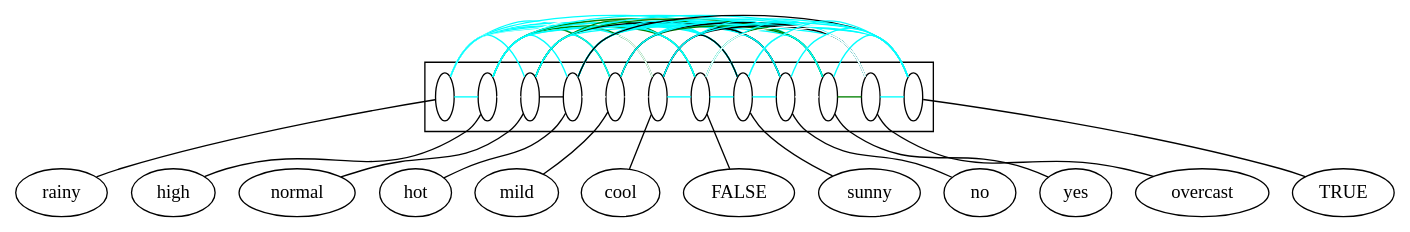
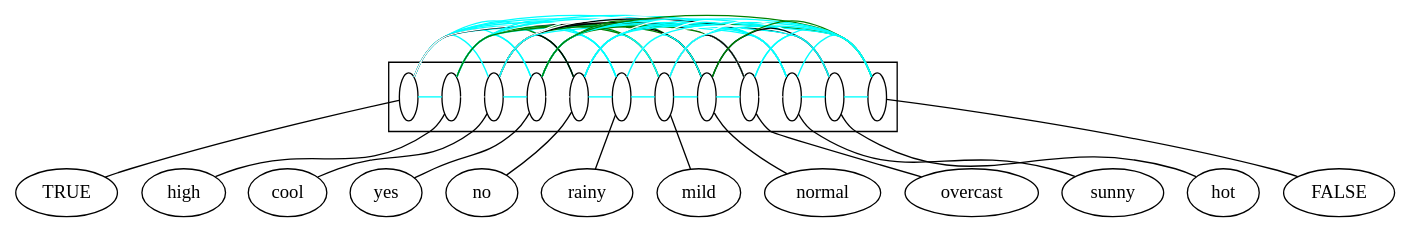
Before and after one commit to lrodrin/TFG: the diagram in src/final/exponential2-structure.dot, drawn with Graphviz. The commit also changed 10 other files, not shown here.

Commit message:
nova funció que engloba les dues funcions graphOptions i 2structureOptions. Amb dues crides a Graphviz, una pel graf i l'altre per a la 2-structura + proves

```diff
--- a/src/final/exponential2-structure.dot
+++ b/src/final/exponential2-structure.dot
@@ -1,112 +1,112 @@
 digraph G {
 compound=True;
+TRUE;
+high;
+cool;
+yes;
+no;
 rainy;
-high;
+mild;
 normal;
+overcast;
+sunny;
 hot;
-mild;
-cool;
 FALSE;
-sunny;
-no;
-yes;
-overcast;
-TRUE;
-subgraph cluster_noovercasthighcoolsunnyhotmildyesrainyTRUEFALSEnormal {
-s_rainy [fillcolor=white, label=" ", fixedsize=True, width=0.2];
-s_high [fillcolor=white, label=" ", fixedsize=True, width=0.2];
-s_normal [fillcolor=white, label=" ", fixedsize=True, width=0.2];
-s_hot [fillcolor=white, label=" ", fixedsize=True, width=0.2];
-s_mild [fillcolor=white, label=" ", fixedsize=True, width=0.2];
-s_cool [fillcolor=white, label=" ", fixedsize=True, width=0.2];
-s_FALSE [fillcolor=white, label=" ", fixedsize=True, width=0.2];
-s_sunny [fillcolor=white, label=" ", fixedsize=True, width=0.2];
-s_no [fillcolor=white, label=" ", fixedsize=True, width=0.2];
-s_yes [fillcolor=white, label=" ", fixedsize=True, width=0.2];
-s_overcast [fillcolor=white, label=" ", fixedsize=True, width=0.2];
-s_TRUE [fillcolor=white, label=" ", fixedsize=True, width=0.2];
+subgraph cluster_coolFALSETRUEhotyessunnymildnormalnoovercasthighrainy {
+s_TRUE [label=" ", width=0.2, fillcolor=white, fixedsize=True];
+s_high [label=" ", width=0.2, fillcolor=white, fixedsize=True];
+s_cool [label=" ", width=0.2, fillcolor=white, fixedsize=True];
+s_yes [label=" ", width=0.2, fillcolor=white, fixedsize=True];
+s_no [label=" ", width=0.2, fillcolor=white, fixedsize=True];
+s_rainy [label=" ", width=0.2, fillcolor=white, fixedsize=True];
+s_mild [label=" ", width=0.2, fillcolor=white, fixedsize=True];
+s_normal [label=" ", width=0.2, fillcolor=white, fixedsize=True];
+s_overcast [label=" ", width=0.2, fillcolor=white, fixedsize=True];
+s_sunny [label=" ", width=0.2, fillcolor=white, fixedsize=True];
+s_hot [label=" ", width=0.2, fillcolor=white, fixedsize=True];
+s_FALSE [label=" ", width=0.2, fillcolor=white, fixedsize=True];
 subgraph  {
 rank=same;
-s_rainy -> s_high  [arrowhead=none, color=cyan];
-s_rainy -> s_normal  [arrowhead=none, color=cyan];
-s_rainy -> s_hot  [arrowhead=none, color=white];
-s_rainy -> s_mild  [arrowhead=none, color=cyan];
-s_rainy -> s_cool  [arrowhead=none, color=cyan];
-s_rainy -> s_FALSE  [arrowhead=none, color=cyan];
-s_rainy -> s_sunny  [arrowhead=none, color=white];
-s_rainy -> s_no  [arrowhead=none, color=cyan];
-s_rainy -> s_yes  [arrowhead=none, color=cyan];
-s_rainy -> s_overcast  [arrowhead=none, color=white];
-s_rainy -> s_TRUE  [arrowhead=none, color=cyan];
-s_high -> s_normal  [arrowhead=none, color=white];
-s_high -> s_hot  [arrowhead=none, color=cyan];
-s_high -> s_mild  [arrowhead=none, color=green];
-s_high -> s_cool  [arrowhead=none, color=white];
-s_high -> s_FALSE  [arrowhead=none, color=green];
-s_high -> s_sunny  [arrowhead=none, color=cyan];
-s_high -> s_no  [arrowhead=none, color=green];
-s_high -> s_yes  [arrowhead=none, color=cyan];
-s_high -> s_overcast  [arrowhead=none, color=cyan];
-s_high -> s_TRUE  [arrowhead=none, color=cyan];
-s_normal -> s_hot  [arrowhead=none, color=black];
-s_normal -> s_mild  [arrowhead=none, color=cyan];
-s_normal -> s_cool  [arrowhead=none, color=green];
-s_normal -> s_FALSE  [arrowhead=none, color=green];
-s_normal -> s_sunny  [arrowhead=none, color=cyan];
-s_normal -> s_no  [arrowhead=none, color=black];
-s_normal -> s_yes  [arrowhead=none, color=green];
-s_normal -> s_overcast  [arrowhead=none, color=cyan];
-s_normal -> s_TRUE  [arrowhead=none, color=cyan];
-s_hot -> s_mild  [arrowhead=none, color=white];
-s_hot -> s_cool  [arrowhead=none, color=white];
-s_hot -> s_FALSE  [arrowhead=none, color=cyan];
-s_hot -> s_sunny  [arrowhead=none, color=cyan];
-s_hot -> s_no  [arrowhead=none, color=cyan];
-s_hot -> s_yes  [arrowhead=none, color=cyan];
-s_hot -> s_overcast  [arrowhead=none, color=cyan];
-s_hot -> s_TRUE  [arrowhead=none, color=black];
-s_mild -> s_cool  [arrowhead=none, color=white];
-s_mild -> s_FALSE  [arrowhead=none, color=cyan];
-s_mild -> s_sunny  [arrowhead=none, color=cyan];
-s_mild -> s_no  [arrowhead=none, color=cyan];
-s_mild -> s_yes  [arrowhead=none, color=green];
-s_mild -> s_overcast  [arrowhead=none, color=black];
-s_mild -> s_TRUE  [arrowhead=none, color=cyan];
-s_cool -> s_FALSE  [arrowhead=none, color=cyan];
-s_cool -> s_sunny  [arrowhead=none, color=black];
-s_cool -> s_no  [arrowhead=none, color=black];
-s_cool -> s_yes  [arrowhead=none, color=cyan];
-s_cool -> s_overcast  [arrowhead=none, color=black];
-s_cool -> s_TRUE  [arrowhead=none, color=cyan];
-s_FALSE -> s_sunny  [arrowhead=none, color=cyan];
-s_FALSE -> s_no  [arrowhead=none, color=cyan];
-s_FALSE -> s_yes  [arrowhead=none, color=green];
-s_FALSE -> s_overcast  [arrowhead=none, color=cyan];
-s_FALSE -> s_TRUE  [arrowhead=none, color=white];
-s_sunny -> s_no  [arrowhead=none, color=cyan];
-s_sunny -> s_yes  [arrowhead=none, color=cyan];
-s_sunny -> s_overcast  [arrowhead=none, color=white];
-s_sunny -> s_TRUE  [arrowhead=none, color=cyan];
-s_no -> s_yes  [arrowhead=none, color=white];
-s_no -> s_overcast  [arrowhead=none, color=white];
-s_no -> s_TRUE  [arrowhead=none, color=cyan];
-s_yes -> s_overcast  [arrowhead=none, color=green];
-s_yes -> s_TRUE  [arrowhead=none, color=cyan];
-s_overcast -> s_TRUE  [arrowhead=none, color=cyan];
+s_TRUE -> s_high  [color=cyan, arrowhead=none];
+s_TRUE -> s_cool  [color=cyan, arrowhead=none];
+s_TRUE -> s_yes  [color=cyan, arrowhead=none];
+s_TRUE -> s_no  [color=cyan, arrowhead=none];
+s_TRUE -> s_rainy  [color=cyan, arrowhead=none];
+s_TRUE -> s_mild  [color=cyan, arrowhead=none];
+s_TRUE -> s_normal  [color=cyan, arrowhead=none];
+s_TRUE -> s_overcast  [color=cyan, arrowhead=none];
+s_TRUE -> s_sunny  [color=cyan, arrowhead=none];
+s_TRUE -> s_hot  [color=black, arrowhead=none];
+s_TRUE -> s_FALSE  [color=white, arrowhead=none];
+s_high -> s_cool  [color=white, arrowhead=none];
+s_high -> s_yes  [color=cyan, arrowhead=none];
+s_high -> s_no  [color=green, arrowhead=none];
+s_high -> s_rainy  [color=cyan, arrowhead=none];
+s_high -> s_mild  [color=green, arrowhead=none];
+s_high -> s_normal  [color=white, arrowhead=none];
+s_high -> s_overcast  [color=cyan, arrowhead=none];
+s_high -> s_sunny  [color=cyan, arrowhead=none];
+s_high -> s_hot  [color=cyan, arrowhead=none];
+s_high -> s_FALSE  [color=green, arrowhead=none];
+s_cool -> s_yes  [color=cyan, arrowhead=none];
+s_cool -> s_no  [color=black, arrowhead=none];
+s_cool -> s_rainy  [color=cyan, arrowhead=none];
+s_cool -> s_mild  [color=white, arrowhead=none];
+s_cool -> s_normal  [color=green, arrowhead=none];
+s_cool -> s_overcast  [color=black, arrowhead=none];
+s_cool -> s_sunny  [color=black, arrowhead=none];
+s_cool -> s_hot  [color=white, arrowhead=none];
+s_cool -> s_FALSE  [color=cyan, arrowhead=none];
+s_yes -> s_no  [color=white, arrowhead=none];
+s_yes -> s_rainy  [color=cyan, arrowhead=none];
+s_yes -> s_mild  [color=green, arrowhead=none];
+s_yes -> s_normal  [color=green, arrowhead=none];
+s_yes -> s_overcast  [color=green, arrowhead=none];
+s_yes -> s_sunny  [color=cyan, arrowhead=none];
+s_yes -> s_hot  [color=cyan, arrowhead=none];
+s_yes -> s_FALSE  [color=green, arrowhead=none];
+s_no -> s_rainy  [color=cyan, arrowhead=none];
+s_no -> s_mild  [color=cyan, arrowhead=none];
+s_no -> s_normal  [color=black, arrowhead=none];
+s_no -> s_overcast  [color=white, arrowhead=none];
+s_no -> s_sunny  [color=cyan, arrowhead=none];
+s_no -> s_hot  [color=cyan, arrowhead=none];
+s_no -> s_FALSE  [color=cyan, arrowhead=none];
+s_rainy -> s_mild  [color=cyan, arrowhead=none];
+s_rainy -> s_normal  [color=cyan, arrowhead=none];
+s_rainy -> s_overcast  [color=white, arrowhead=none];
+s_rainy -> s_sunny  [color=white, arrowhead=none];
+s_rainy -> s_hot  [color=white, arrowhead=none];
+s_rainy -> s_FALSE  [color=cyan, arrowhead=none];
+s_mild -> s_normal  [color=cyan, arrowhead=none];
+s_mild -> s_overcast  [color=black, arrowhead=none];
+s_mild -> s_sunny  [color=cyan, arrowhead=none];
+s_mild -> s_hot  [color=white, arrowhead=none];
+s_mild -> s_FALSE  [color=cyan, arrowhead=none];
+s_normal -> s_overcast  [color=cyan, arrowhead=none];
+s_normal -> s_sunny  [color=cyan, arrowhead=none];
+s_normal -> s_hot  [color=black, arrowhead=none];
+s_normal -> s_FALSE  [color=green, arrowhead=none];
+s_overcast -> s_sunny  [color=white, arrowhead=none];
+s_overcast -> s_hot  [color=cyan, arrowhead=none];
+s_overcast -> s_FALSE  [color=cyan, arrowhead=none];
+s_sunny -> s_hot  [color=cyan, arrowhead=none];
+s_sunny -> s_FALSE  [color=cyan, arrowhead=none];
+s_hot -> s_FALSE  [color=cyan, arrowhead=none];
 }
 
 }
 
+s_TRUE -> TRUE  [arrowhead=none];
+s_high -> high  [arrowhead=none];
+s_cool -> cool  [arrowhead=none];
+s_yes -> yes  [arrowhead=none];
+s_no -> no  [arrowhead=none];
 s_rainy -> rainy  [arrowhead=none];
-s_high -> high  [arrowhead=none];
+s_mild -> mild  [arrowhead=none];
 s_normal -> normal  [arrowhead=none];
+s_overcast -> overcast  [arrowhead=none];
+s_sunny -> sunny  [arrowhead=none];
 s_hot -> hot  [arrowhead=none];
-s_mild -> mild  [arrowhead=none];
-s_cool -> cool  [arrowhead=none];
 s_FALSE -> FALSE  [arrowhead=none];
-s_sunny -> sunny  [arrowhead=none];
-s_no -> no  [arrowhead=none];
-s_yes -> yes  [arrowhead=none];
-s_overcast -> overcast  [arrowhead=none];
-s_TRUE -> TRUE  [arrowhead=none];
 }
```
